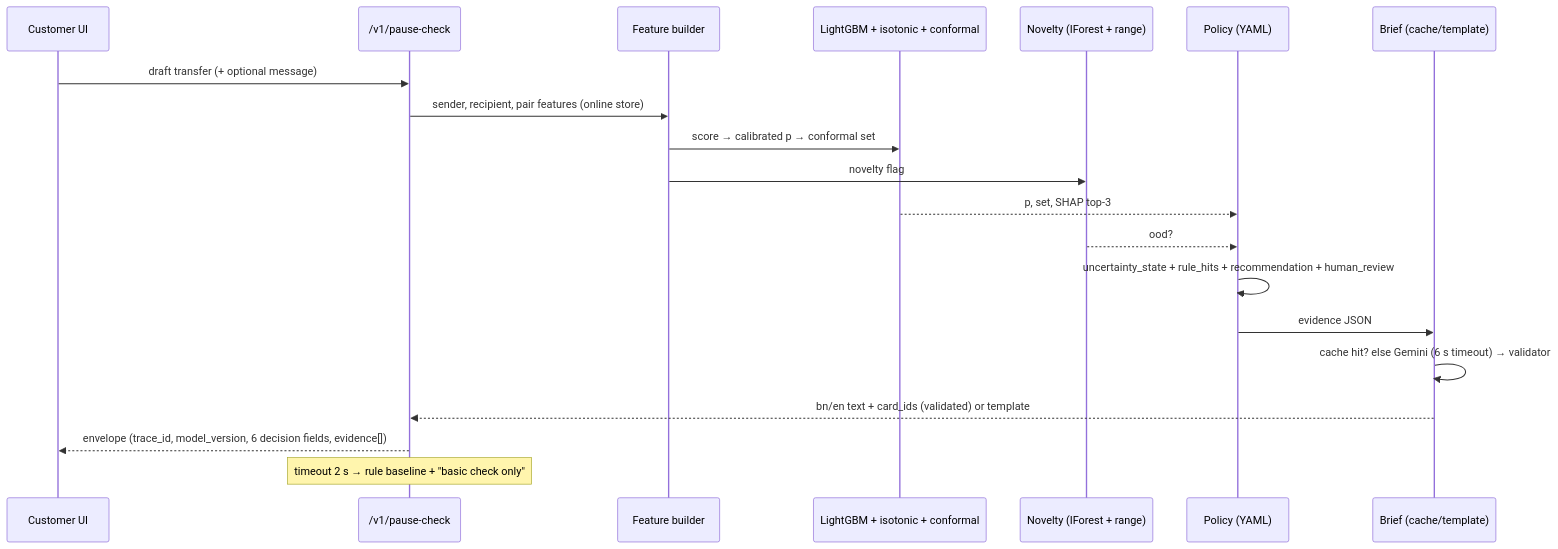
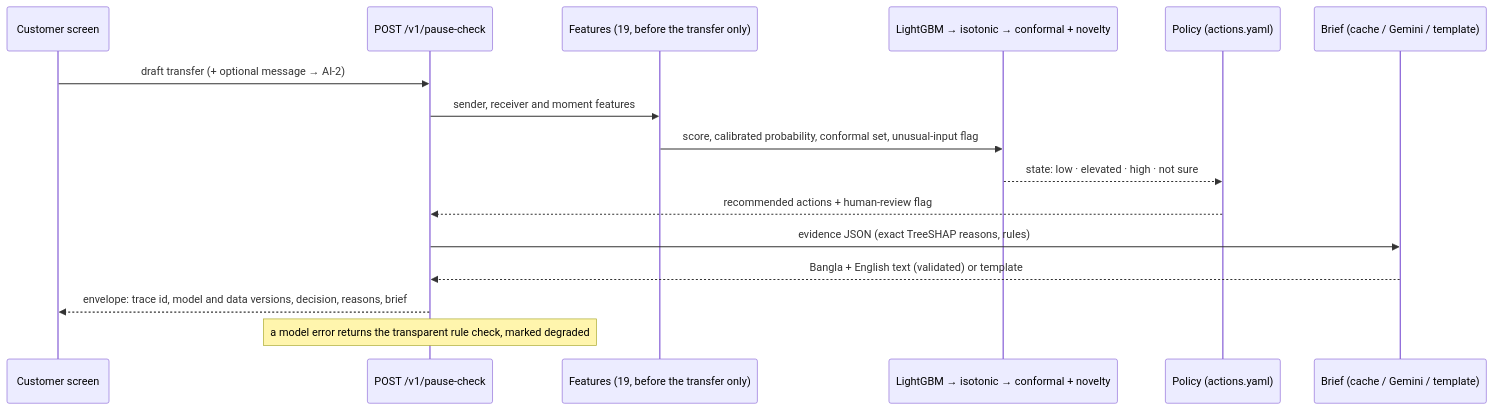
One commit to ABRUBAB/takaresolve-ai-hackathon-2026 changed the second of 3 diagrams in docs/architecture.md. Above: the diagram before and after it, drawn with Mermaid. The commit also changed other lines of this file and 9 other files, not shown here.

````diff
--- a/docs/architecture.md
+++ b/docs/architecture.md
@@ -34,22 +37,18 @@
 ```mermaid
 sequenceDiagram
-  participant U as Customer UI
-  participant API as /v1/pause-check
-  participant F as Feature builder
-  participant M as LightGBM + isotonic + conformal
-  participant N as Novelty (IForest + range)
-  participant Pol as Policy (YAML)
-  participant B as Brief (cache/template)
-  U->>API: draft transfer (+ optional message)
-  API->>F: sender, recipient, pair features (online store)
-  F->>M: score → calibrated p → conformal set
-  F->>N: novelty flag
-  M-->>Pol: p, set, SHAP top-3
-  N-->>Pol: ood?
-  Pol->>Pol: uncertainty_state + rule_hits + recommendation + human_review
-  Pol->>B: evidence JSON
-  B->>B: cache hit? else Gemini (6 s timeout) → validator
-  B-->>API: bn/en text + card_ids (validated) or template
-  API-->>U: envelope (trace_id, model_version, 6 decision fields, evidence[])
-  Note over API: timeout 2 s → rule baseline + "basic check only"
+  participant U as Customer screen
+  participant API as POST /v1/pause-check
+  participant F as Features (19, before the transfer only)
+  participant M as LightGBM → isotonic → conformal + novelty
+  participant Pol as Policy (actions.yaml)
+  participant B as Brief (cache / Gemini / template)
+  U->>API: draft transfer (+ optional message → AI-2)
+  API->>F: sender, receiver and moment features
+  F->>M: score, calibrated probability, conformal set, unusual-input flag
+  M-->>Pol: state: low · elevated · high · not sure
+  Pol-->>API: recommended actions + human-review flag
+  API->>B: evidence JSON (exact TreeSHAP reasons, rules)
+  B-->>API: Bangla + English text (validated) or template
+  API-->>U: envelope: trace id, model and data versions, decision, reasons, brief
+  Note over API: a model error returns the transparent rule check, marked degraded
 ```
````
